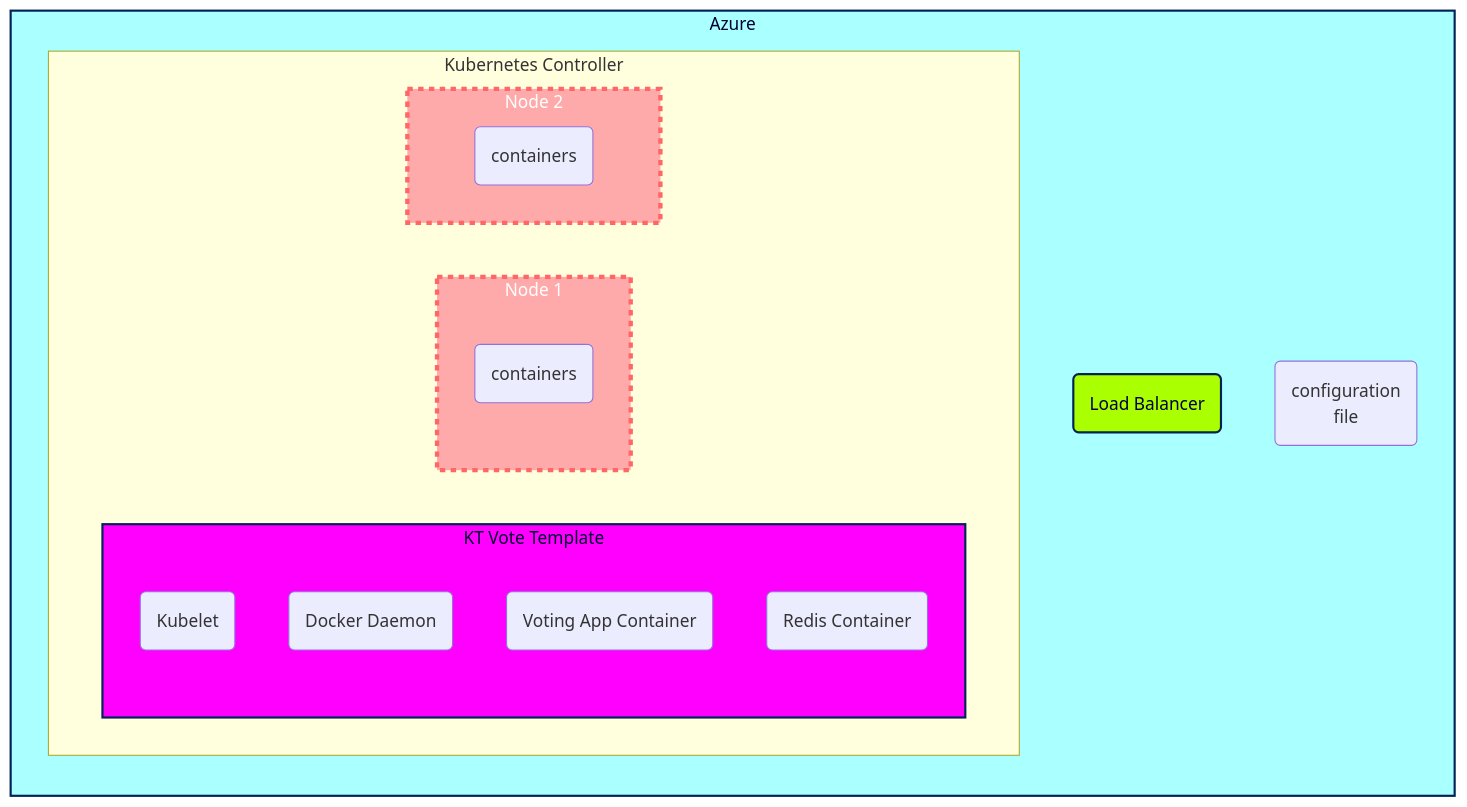
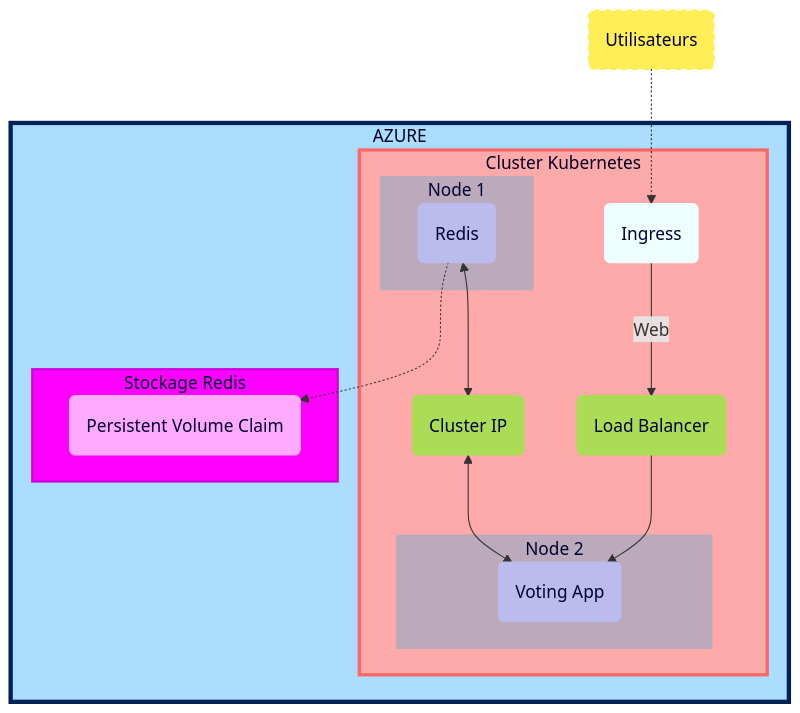
One commit to Simplon-Luna/b6_Luna changed the diagram in Plan_d'Action.md. Above: the diagram before and after it, drawn with Mermaid. The commit also changed other lines of this file, not shown here.

````diff
--- a/Plan_d'Action.md
+++ b/Plan_d'Action.md
@@ -17,41 +55,52 @@
 ```mermaid
-flowchart LR
+flowchart TD
 
-    subgraph AZ [Azure]
-    lb(Load Balancer)
-    conf(configuration <br> file)
+user(Utilisateurs)
 
-        subgraph KT [Kubernetes Controller]
-            subgraph KTVT [KT Vote Template]
-            ktd1(Kubelet)
-            dd1(Docker Daemon)
-            vote1(Voting App Container)
-            red1(Redis Container)
+    subgraph AZ [AZURE]
+        
+        subgraph Cluster [Cluster Kubernetes]
+            appGW(Load Balancer)
+            cluster(Cluster IP)
+            Nginx(Ingress)
+
+            subgraph n1 [Node 1]
+                KT-temp1(Redis)
             end
-        
-        subgraph n1 [Node 1]
-        cont1(containers)
+
+            subgraph n2 [Node 2]
+                KT-temp2(Voting App)
+            end
         end
 
-        subgraph n2 [Node 2]
-        cont2(containers)
+        subgraph BDD [Stockage Redis]
+            Stock(Persistent Volume Claim)
         end
 
-        end
+    end
 
-    end 
+appGW --> KT-temp2
+KT-temp1 -.-> Stock
+user -.-> Nginx --> |Web| appGW
+KT-temp1 <--> cluster <--> KT-temp2
 
-    
-
-    classDef rouge fill:#faa,stroke:#f66,stroke-width:4px,color:#fff,stroke-dasharray: 5 5;
-    class n1,n2, rouge;
-    classDef sec fill:#aff,stroke:#025,stroke-width:2px,color:#003;
-    class AZ, sec;
-    classDef ter fill:#f0f,stroke:#025,stroke-width:2px,color:#003;
-    class KTVT,vmadmin, ter;
-    classDef vert fill:#af0,stroke:#025,stroke-width:2px,color:#003;
-    class lb, vert;
-    classDef blanc fill:#fff,stroke:#025,stroke-width:2px,color:#003;
-    class Web, blanc;
+    classDef rouge fill:#faa,stroke:#f66,stroke-width:3px,color:#002;
+    class Cluster, rouge;
+    classDef bleu fill:#adf,stroke:#025,stroke-width:4px,color:#002;
+    class AZ, bleu;
+    classDef fuschia fill:#f0f,stroke:#c0d,stroke-width:2px,color:#003;
+    class BDD, fuschia;
+    classDef vert fill:#ad5,stroke:#ad5,stroke-width:2px,color:#003;
+    class appGW,cluster, vert;
+    classDef rose fill:#faf,stroke:#faf,stroke-width:2px,color:#003;
+    class Stock, rose;
+    classDef jaune fill:#fe5,stroke:#fe5,stroke-width:2px,color:#003,stroke-dasharray: 5 5;
+    class user, jaune;
+    classDef blanc fill:#eff,stroke:#eff,stroke-width:2px,color:#003;
+    class Nginx, blanc;
+    classDef gris fill:#bab,stroke:#bab,stroke-width:2px,color:#003;
+    class n1,n2, gris;
+    classDef bleugris fill:#bbe,stroke:#bbe,stroke-width:2px,color:#003;
+    class KT-temp1,KT-temp2, bleugris;
 
 ```
````
